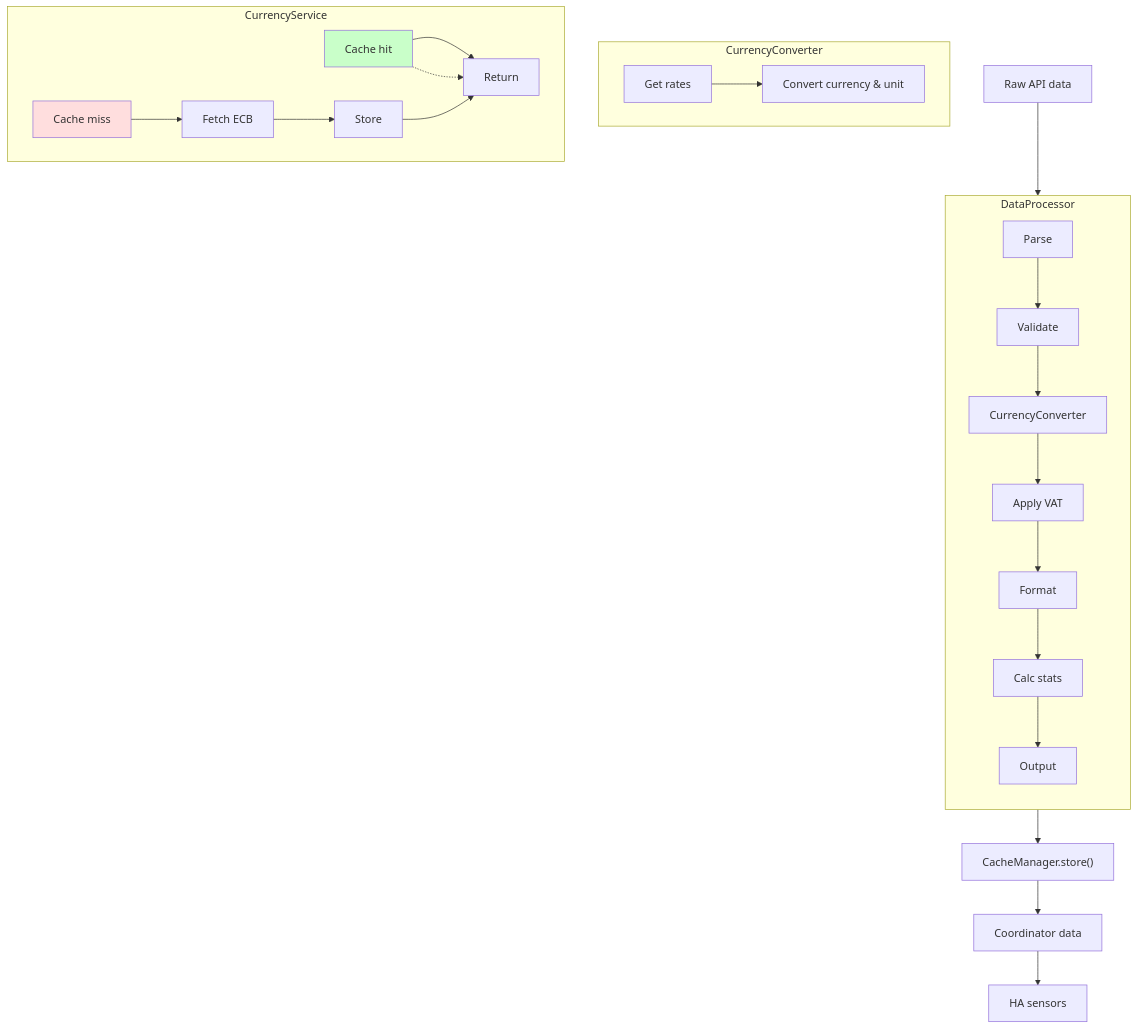
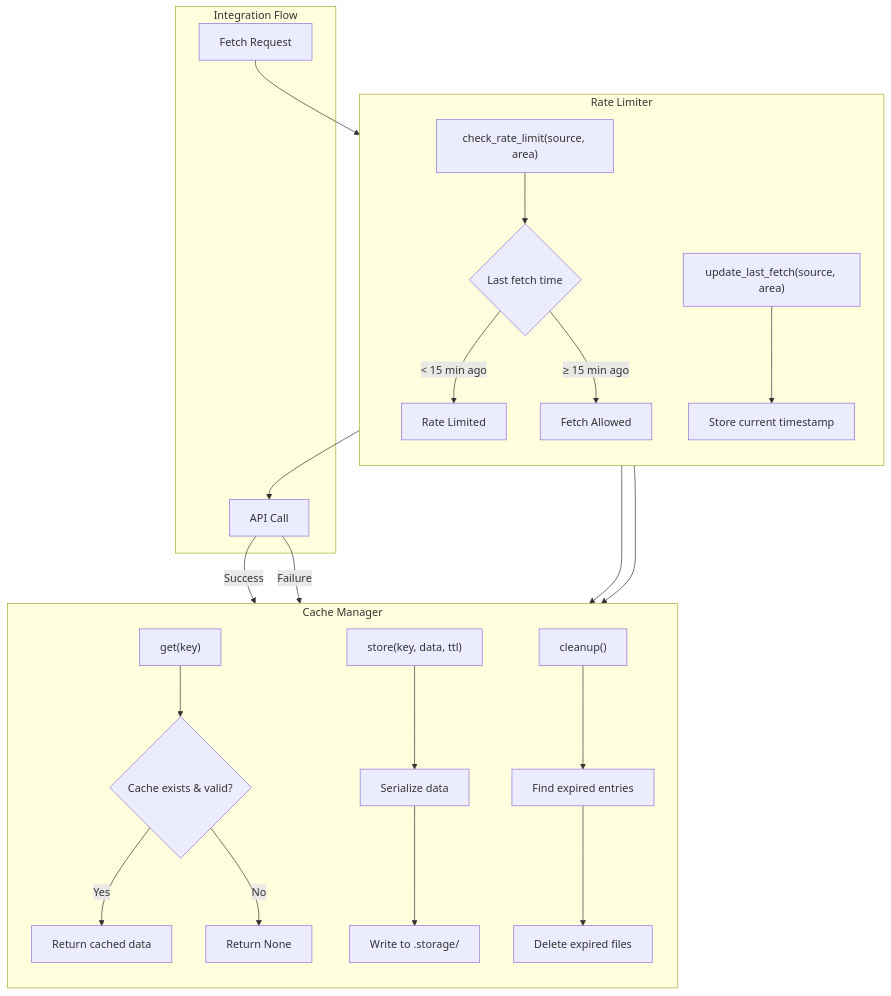
One commit to enoch85/ge-spot changed the third of 4 diagrams in README.md. Above: the diagram before and after it, drawn with Mermaid. The commit also changed other lines of this file, not shown here.

````diff
--- a/README.md
+++ b/README.md
@@ -242,31 +522,33 @@
 ```mermaid
 flowchart TD
-    Raw["Raw API data"] --> Proc
-
-    subgraph Proc["DataProcessor"]
+    subgraph CacheManager["Cache Manager"]
         direction TB
-        Parse --> Validate --> Convert --> VAT --> Format --> Stats --> Out
-        Parse["Parse"]
-        Validate["Validate"]
-        Convert["CurrencyConverter"]
-        VAT["Apply VAT"]
-        Format["Format"]
-        Stats["Calc stats"]
-        Out["Output"]
+        CacheGet["get(key)"] --> CacheCheck{"Cache exists & valid?"}
+        CacheCheck --> |"Yes"| CacheHit["Return cached data"]
+        CacheCheck --> |"No"| CacheMiss["Return None"]
+        
+        CacheStore["store(key, data, ttl)"] --> Serialize["Serialize data"]
+        Serialize --> WriteFile["Write to .storage/"]
+        
+        CacheCleanup["cleanup()"] --> FindExpired["Find expired entries"]
+        FindExpired --> DeleteExpired["Delete expired files"]
     end
-
-    Out --> CM["CacheManager.store()"] --> Coord["Coordinator data"]
-    Coord --> Sensors["HA sensors"]
-
-    subgraph CurrencyConverter
-        GetRates["Get rates"] --> DoConvert["Convert currency & unit"]
+    
+    subgraph RateLimiter["Rate Limiter"]
+        direction TB
+        RLCheck["check_rate_limit(source, area)"] --> LastFetch{"Last fetch time"}
+        LastFetch --> |"< 15 min ago"| Blocked["Rate Limited"]
+        LastFetch --> |"≥ 15 min ago"| Allowed["Fetch Allowed"]
+        
+        RLUpdate["update_last_fetch(source, area)"] --> StoreTime["Store current timestamp"]
     end
-
-    subgraph CurrencyService
-        CacheHit["Cache hit"]:::ok --> Return
-        CacheMiss["Cache miss"]:::err --> ECB["Fetch ECB"] --> Store --> Return
-        CacheHit -.-> Return
-        style CacheHit fill:#c9ffc9
-        style CacheMiss fill:#ffdede
+    
+    subgraph Integration["Integration Flow"]
+        FetchRequest["Fetch Request"] --> RLCheck
+        Blocked --> CacheGet
+        Allowed --> APICall["API Call"]
+        APICall --> |"Success"| CacheStore
+        APICall --> |"Failure"| CacheGet
+        RLUpdate --> CacheStore
     end
 ```
````
